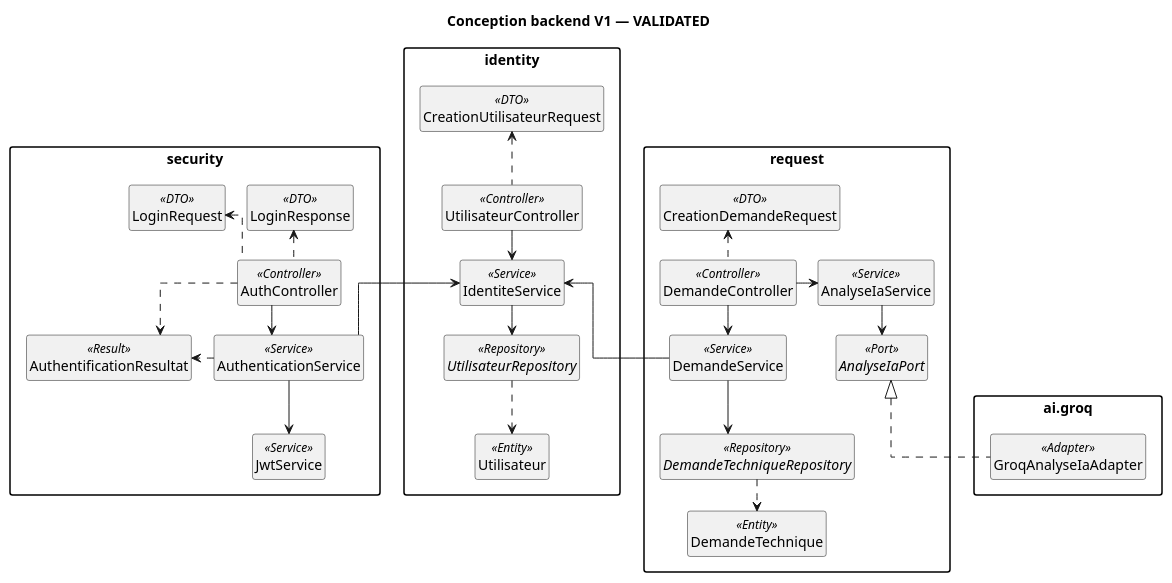
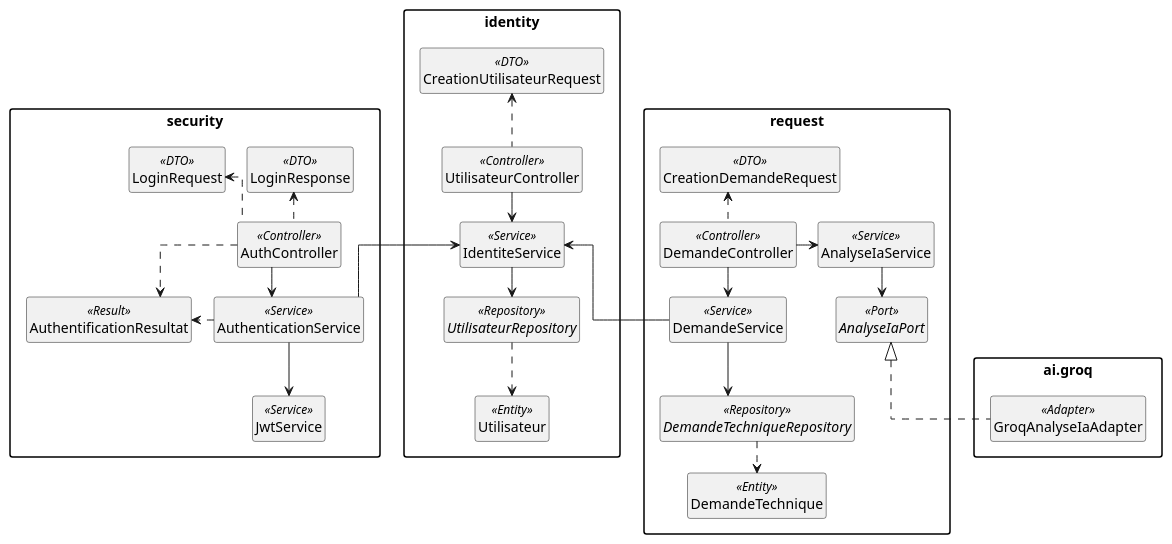
Before and after one commit to akrouty/gestion-demandes-techniques: the diagram in docs/uml/class/backend-design-v1.puml, drawn with PlantUML. The commit also changed 9 other files, not shown here.

Commit message:
Finaliser les rendus UML utilisés dans le chapitre 2

```diff
--- a/docs/uml/class/backend-design-v1.puml
+++ b/docs/uml/class/backend-design-v1.puml
@@ -1,66 +1,65 @@
 @startuml
 ' Statut : VALIDATED
 ' Vue synthétique des classes réelles de main ; détails omis volontairement.
 ' Les liens hidden sont uniquement des contraintes graphiques.
-title Conception backend V1 — VALIDATED
 top to bottom direction
 skinparam monochrome true
 skinparam shadowing false
 skinparam backgroundColor white
 skinparam classAttributeIconSize 0
 skinparam packageStyle rectangle
 skinparam linetype ortho
 skinparam nodesep 22
 skinparam ranksep 30
 hide empty members
 hide circle
 package request as REQUEST_MODULE {
   class CreationDemandeRequest <<DTO>>
   class DemandeController <<Controller>>
   class DemandeService <<Service>>
   interface DemandeTechniqueRepository <<Repository>>
   class DemandeTechnique <<Entity>>
   class AnalyseIaService <<Service>>
   interface AnalyseIaPort <<Port>>
   DemandeController .up.> CreationDemandeRequest
   DemandeController -down-> DemandeService
   DemandeService -down-> DemandeTechniqueRepository
   DemandeTechniqueRepository .down.> DemandeTechnique
   DemandeController -left-> AnalyseIaService
   AnalyseIaService -down-> AnalyseIaPort
 }
 package "ai.groq" as GROQ_MODULE {
   class GroqAnalyseIaAdapter <<Adapter>>
 }
 GroqAnalyseIaAdapter .up.|> AnalyseIaPort
 package identity as IDENTITY_MODULE {
   class CreationUtilisateurRequest <<DTO>>
   class UtilisateurController <<Controller>>
   class IdentiteService <<Service>>
   interface UtilisateurRepository <<Repository>>
   class Utilisateur <<Entity>>
   UtilisateurController .up.> CreationUtilisateurRequest
   UtilisateurController -down-> IdentiteService
   IdentiteService -down-> UtilisateurRepository
   UtilisateurRepository .down.> Utilisateur
 }
 package security as SECURITY_MODULE {
   class LoginRequest <<DTO>>
   class LoginResponse <<DTO>>
   class AuthController <<Controller>>
   class AuthenticationService <<Service>>
   class AuthentificationResultat <<Result>>
   class JwtService <<Service>>
   AuthController .up.> LoginRequest
   AuthController .up.> LoginResponse
   AuthController -down-> AuthenticationService
   AuthController .right.> AuthentificationResultat
   AuthenticationService .right.> AuthentificationResultat
   AuthenticationService -down-> JwtService
 }
 DemandeService -up-> IdentiteService
 AuthenticationService -up-> IdentiteService
 ' Placement uniquement : alignement des entrées et services.
 LoginRequest -[hidden]right- LoginResponse
 DemandeController -[hidden]right-> AuthController
 @enduml
```
